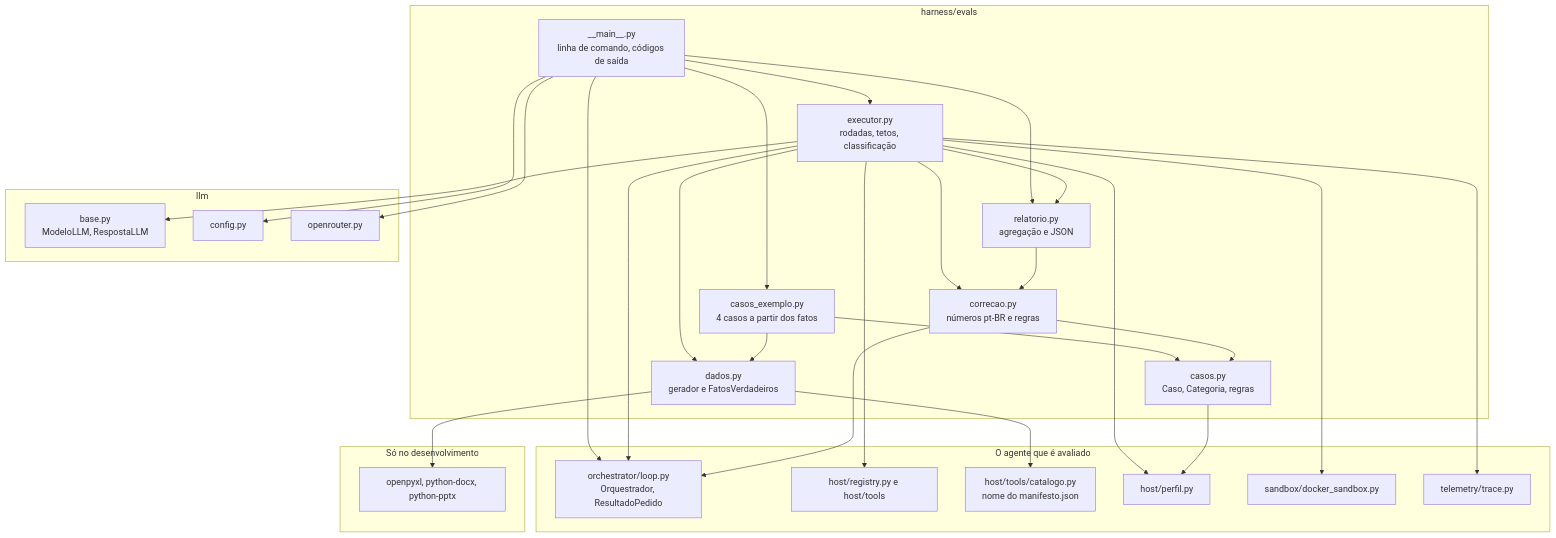
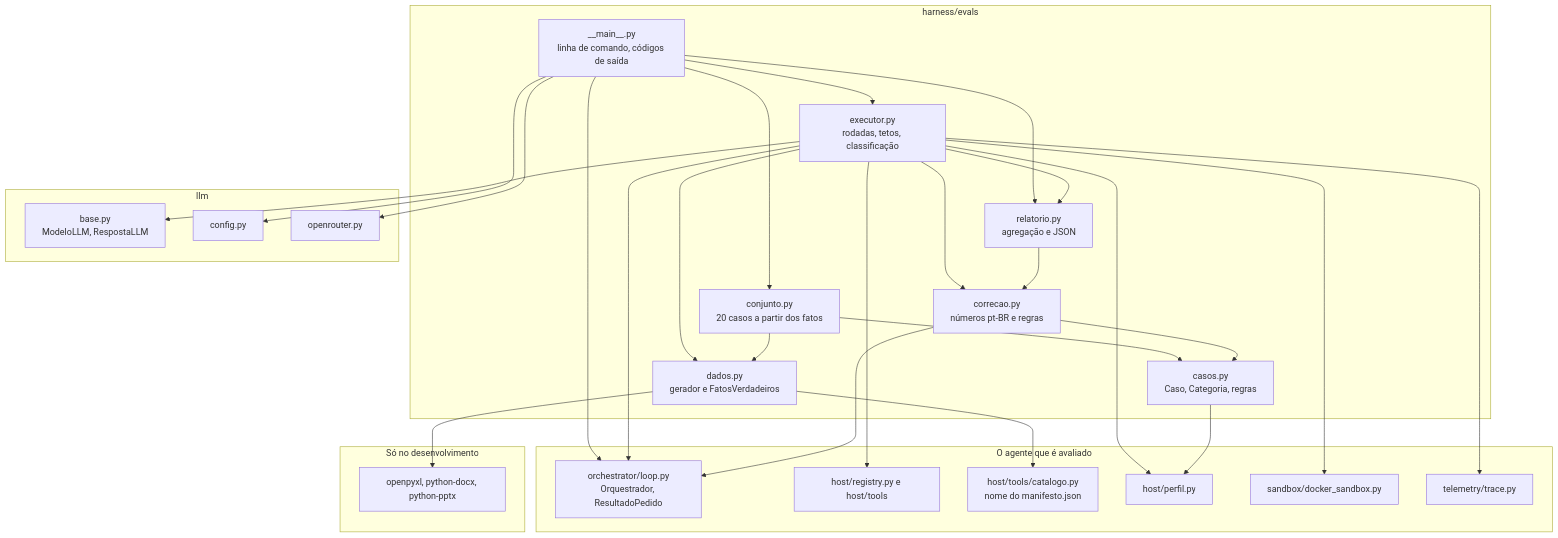
One commit to CristianonCarvalho/agent-repl-security changed the second of 18 diagrams in docs/diagramas-evals.md. Above: the diagram before and after it, drawn with Mermaid. The commit also changed other lines of this file and 3 other files, not shown here.

````diff
--- a/docs/diagramas-evals.md
+++ b/docs/diagramas-evals.md
@@ -67,57 +68,57 @@
 ```mermaid
 flowchart TB
     subgraph EVALS["harness/evals"]
         MAIN["__main__.py<br/>linha de comando, códigos de saída"]
         EXE["executor.py<br/>rodadas, tetos, classificação"]
-        EXM["casos_exemplo.py<br/>4 casos a partir dos fatos"]
+        EXM["conjunto.py<br/>20 casos a partir dos fatos"]
         REL["relatorio.py<br/>agregação e JSON"]
         COR["correcao.py<br/>números pt-BR e regras"]
         CAS["casos.py<br/>Caso, Categoria, regras"]
         DAD["dados.py<br/>gerador e FatosVerdadeiros"]
     end
 
     subgraph AGENTE["O agente que é avaliado"]
         LOOP["orchestrator/loop.py<br/>Orquestrador, ResultadoPedido"]
         REG["host/registry.py e host/tools"]
         CATL["host/tools/catalogo.py<br/>nome do manifesto.json"]
         PER["host/perfil.py"]
         DKR["sandbox/docker_sandbox.py"]
         TRC["telemetry/trace.py"]
     end
 
     subgraph LLMP["llm"]
         BAS["base.py<br/>ModeloLLM, RespostaLLM"]
         CNF["config.py"]
         OPR["openrouter.py"]
     end
 
     subgraph LIBS["Só no desenvolvimento"]
         OFF["openpyxl, python-docx, python-pptx"]
     end
 
     MAIN --> EXE
     MAIN --> EXM
     MAIN --> REL
     MAIN --> CNF
     MAIN --> OPR
     MAIN --> LOOP
 
     EXE --> COR
     EXE --> DAD
     EXE --> REL
     EXE --> BAS
     EXE --> LOOP
     EXE --> REG
     EXE --> PER
     EXE --> DKR
     EXE --> TRC
 
     EXM --> CAS
     EXM --> DAD
     REL --> COR
     COR --> CAS
     COR --> LOOP
     CAS --> PER
     DAD --> OFF
     DAD --> CATL
 ```
````
